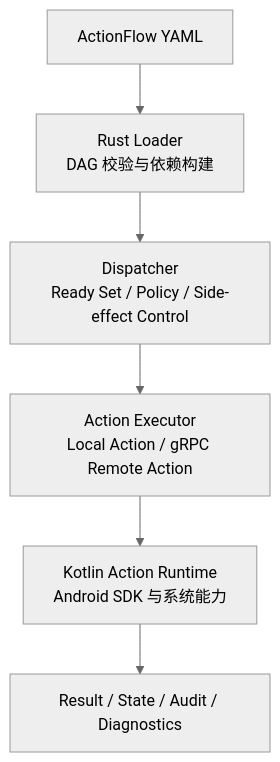
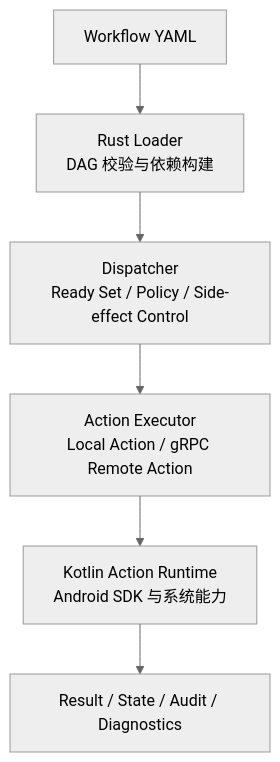
Before and after one commit to OSH-2026/agent_runtime: the first of 3 diagrams in README.md, drawn with Mermaid (neutral theme). The commit also changed other lines of this file and 3 other files, not shown here.

````diff
--- a/README.md
+++ b/README.md
@@ -39,11 +39,11 @@
 ```mermaid
 flowchart TD
-    workflow["ActionFlow YAML"]
+    workflow["Workflow YAML"]
     loader["Rust Loader<br/>DAG 校验与依赖构建"]
     dispatcher["Dispatcher<br/>Ready Set / Policy / Side-effect Control"]
     executor["Action Executor<br/>Local Action / gRPC Remote Action"]
     runtime["Kotlin Action Runtime<br/>Android SDK 与系统能力"]
     result["Result / State / Audit / Diagnostics"]
 
     workflow --> loader --> dispatcher --> executor --> runtime --> result
 ```
````
